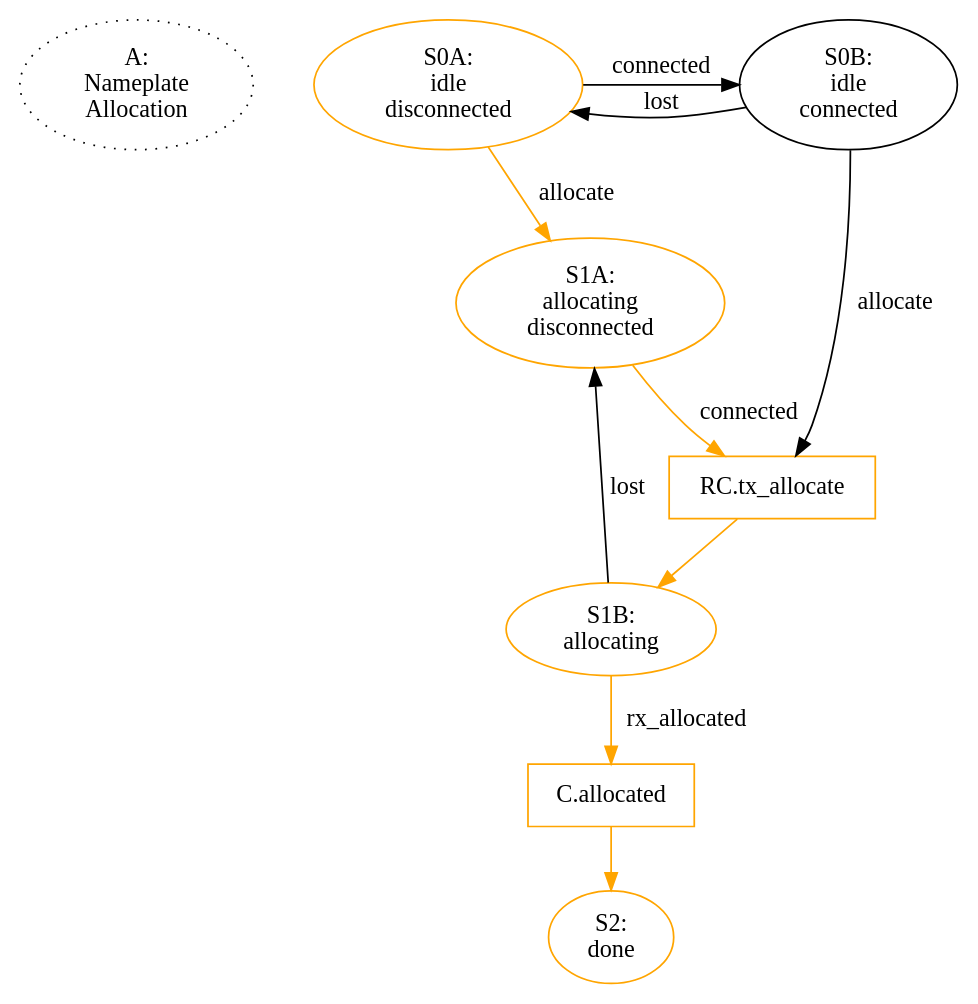
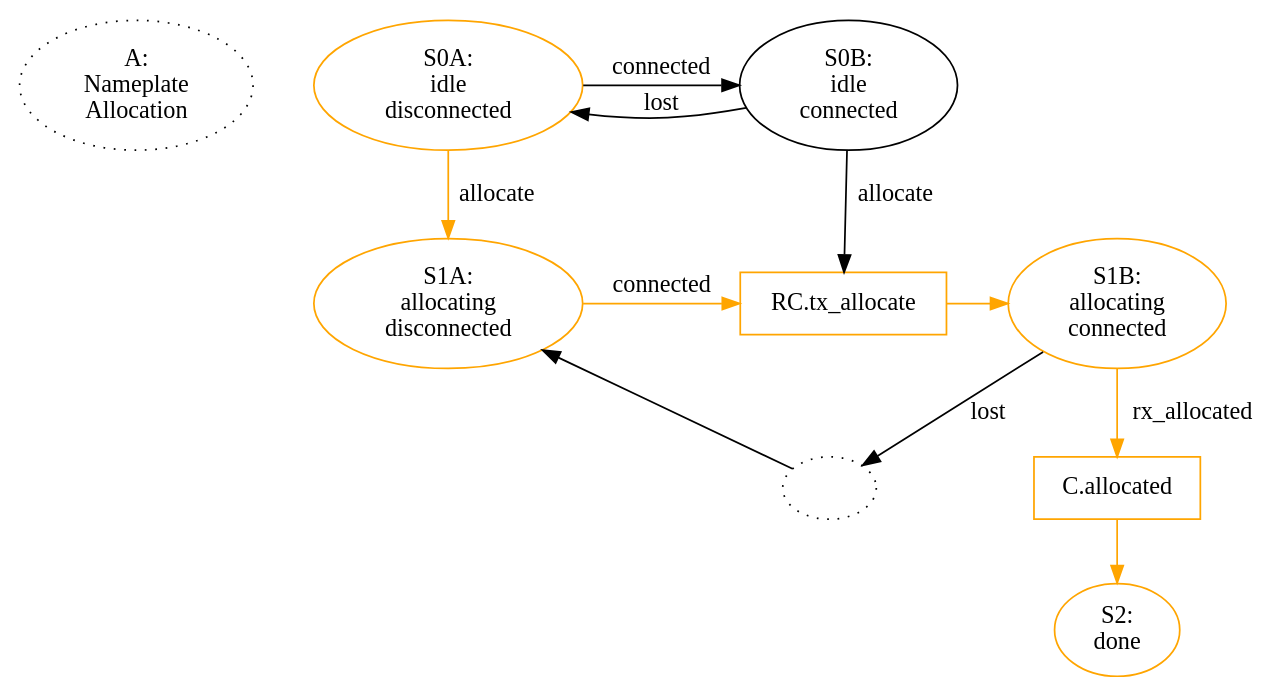
Before and after one commit to magic-wormhole/magic-wormhole: the diagram in docs/state-machines/allocator.dot, drawn with Graphviz. The commit also changed 12 other files, not shown here.

```diff
--- a/docs/state-machines/allocator.dot
+++ b/docs/state-machines/allocator.dot
@@ -1,25 +1,29 @@
 digraph {
 
         start [label="A:\nNameplate\nAllocation" style="dotted"]
         {rank=same; start S0A S0B}
         start -> S0A [style="invis"]
         S0A [label="S0A:\nidle\ndisconnected" color="orange"]
         S0A -> S0B [label="connected"]
         S0B -> S0A [label="lost"]
         S0B [label="S0B:\nidle\nconnected"]
         S0A -> S1A [label="allocate" color="orange"]
         S0B -> P_allocate [label="allocate"]
         P_allocate [shape="box" label="RC.tx_allocate" color="orange"]
         P_allocate -> S1B [color="orange"]
-        S1B [label="S1B:\nallocating" color="orange"]
-        S1B -> S1A [label="lost"]
+        {rank=same; S1A P_allocate S1B}
+        S0B -> S1B [style="invis"]
+        S1B [label="S1B:\nallocating\nconnected" color="orange"]
+        S1B -> foo [label="lost"]
+        foo [style="dotted" label=""]
+        foo -> S1A
         S1A [label="S1A:\nallocating\ndisconnected" color="orange"]
         S1A -> P_allocate [label="connected" color="orange"]
 
         S1B -> P_allocated [label="rx_allocated" color="orange"]
         P_allocated [shape="box" label="C.allocated" color="orange"]
         P_allocated -> S2 [color="orange"]
 
         S2 [label="S2:\ndone" color="orange"]
         
 }
```
